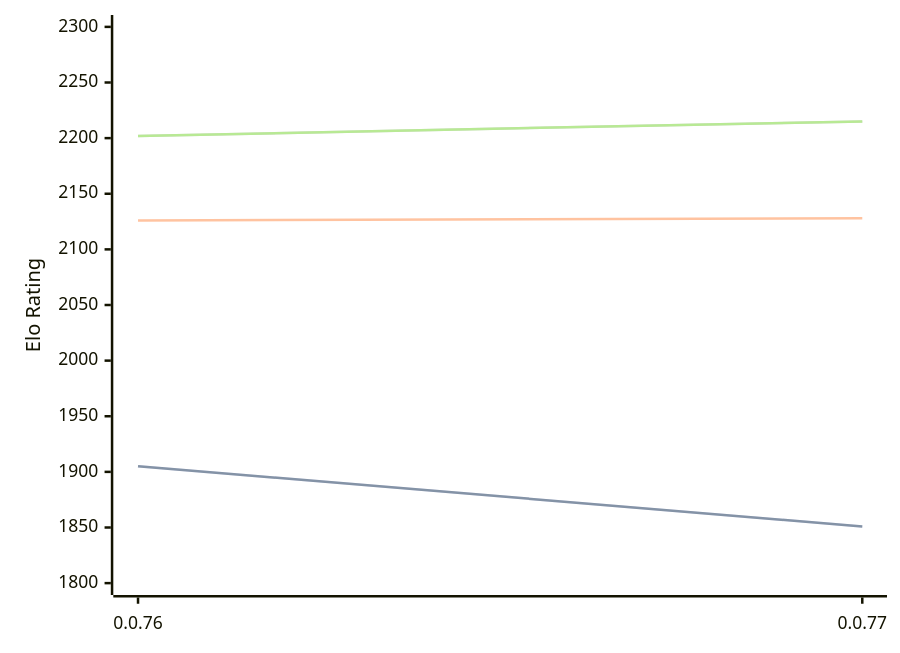
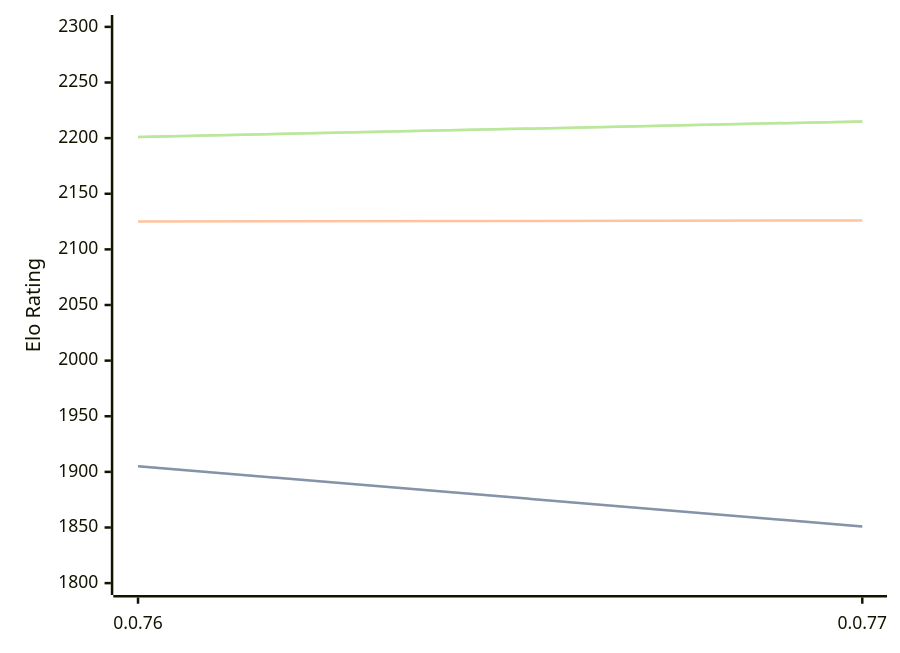
One commit to computer-chess-index/cci changed the diagram in engines/Fktb.md. Above: the diagram before and after it, drawn with Mermaid. The commit also changed other lines of this file, not shown here.

Commit message:
Update CCI Ratings (ELO VLTC) - 2026-08-12

````diff
--- a/engines/Fktb.md
+++ b/engines/Fktb.md
@@ -32,11 +32,11 @@
 ```mermaid
 %%{init: {"theme":"base","themeVariables":{"seriesColors:['#a3a3a3','#222221','#faa371']}}}%%
 xychart-beta
   x-axis ["0.0.76", "0.0.77"]
   y-axis "Elo Rating" 1800 --> 2300
   line "STC (8.0+0.08s)" [1905, 1851]
   line "STC (8.0+0.08s)" [1905, 1851]
-  line "LTC (60.0+0.60s)" [2126, 2128]
-  line "VLTC (2m24s+1.12s)" [2202, 2215]
-  line "VLTC (2m24s+1.12s)" [2202, 2215]
+  line "LTC (60.0+0.60s)" [2125, 2126]
+  line "VLTC (2m24s+1.12s)" [2201, 2215]
+  line "VLTC (2m24s+1.12s)" [2201, 2215]
 ```
````
